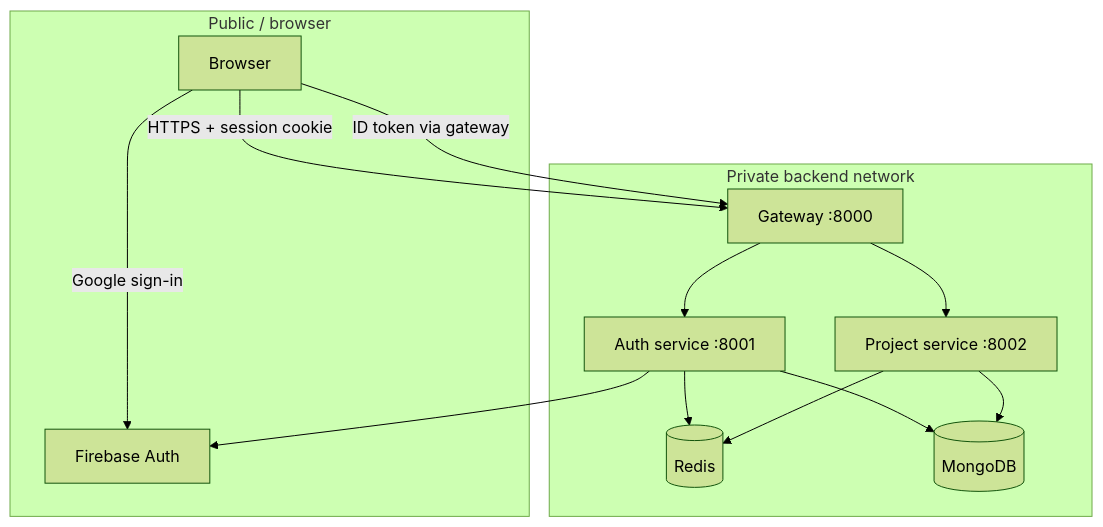
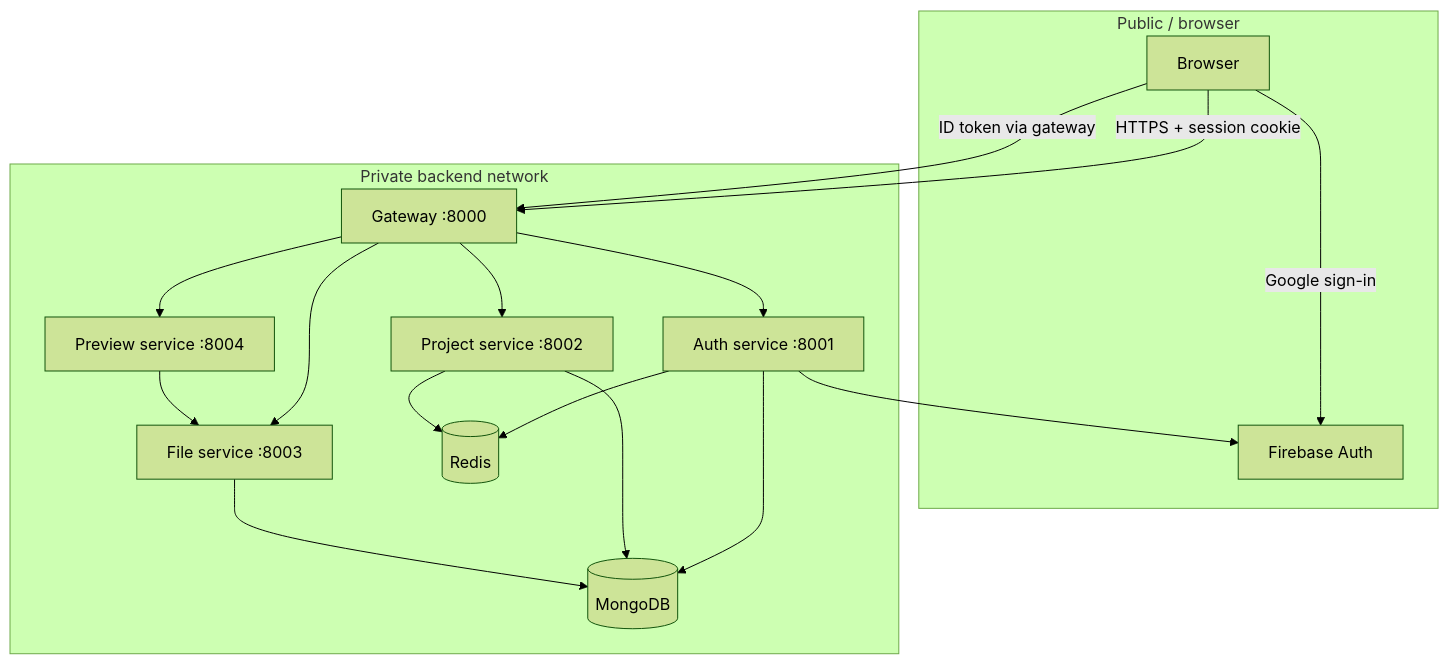
The diagram in docs/backend/security.md (yamanhassan1/NexPulse), drawn with Mermaid (forest theme) before and after one commit. The commit also changed other lines of this file and 197 other files, not shown here.

````diff
--- a/docs/backend/security.md
+++ b/docs/backend/security.md
@@ -9,26 +9,32 @@
 ```mermaid
 flowchart TD
     subgraph Public["Public / browser"]
         B["Browser"]
         FB["Firebase Auth"]
     end
 
     subgraph Private["Private backend network"]
         G["Gateway :8000"]
         A["Auth service :8001"]
         P["Project service :8002"]
+        F["File service :8003"]
+        V["Preview service :8004"]
         R[("Redis")]
         M[("MongoDB")]
     end
 
     B -->|"HTTPS + session cookie"| G
     B -->|"Google sign-in"| FB
     B -->|"ID token via gateway"| G
     G --> A
     G --> P
+    G --> F
+    G --> V
     A --> FB
     A --> M
     A --> R
     P --> M
     P --> R
+    F --> M
+    V --> F
 ```
````
